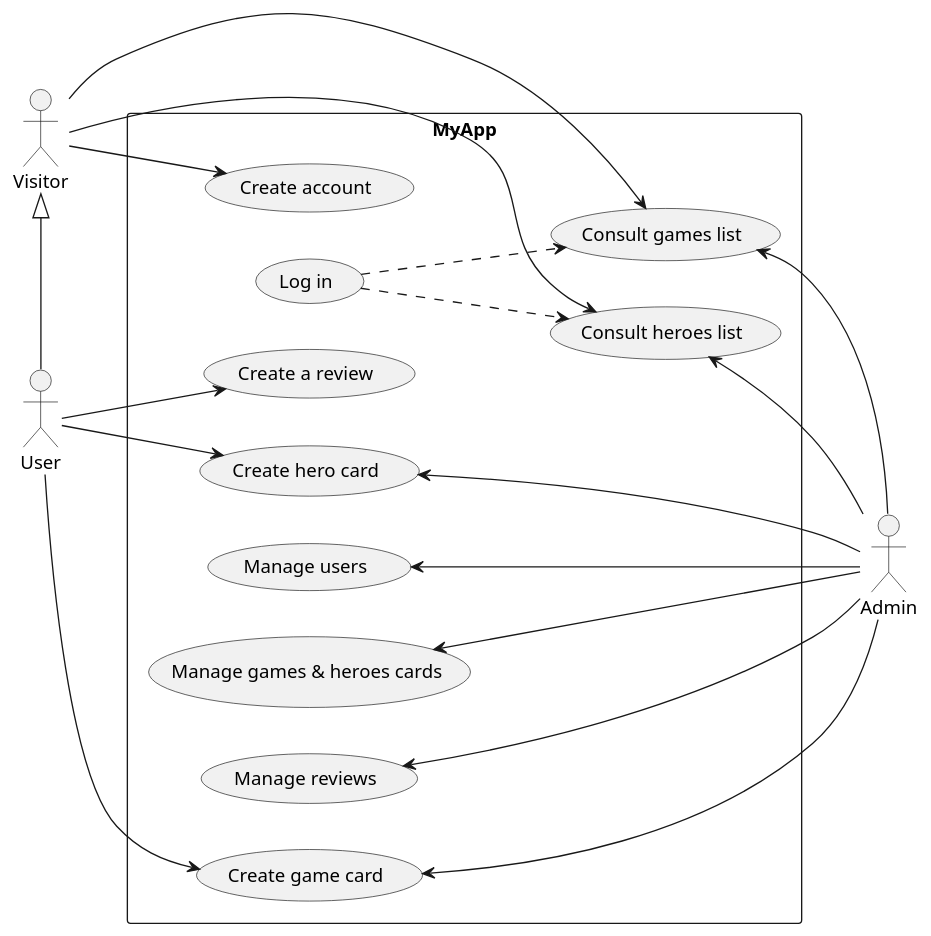
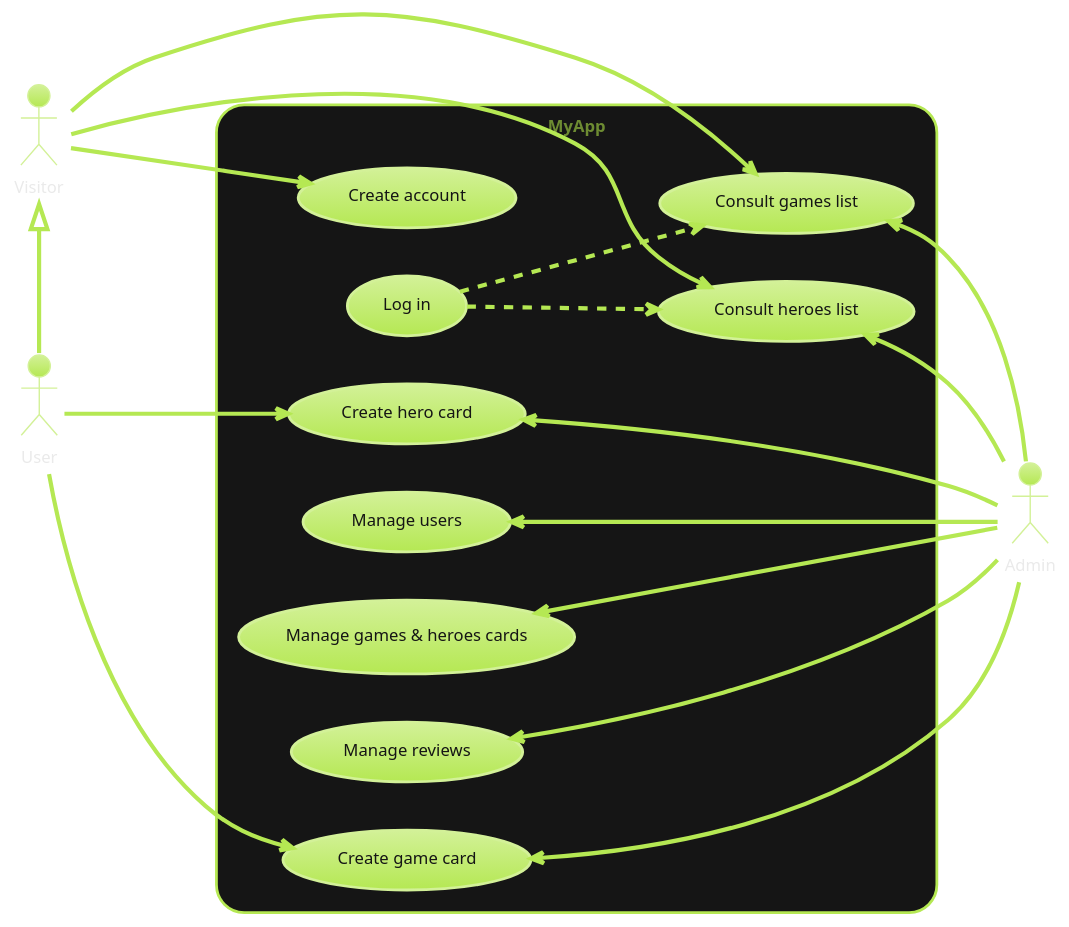
One commit to GreenHawk-99/ClankArchive changed the diagram in src/doc/UsecaseDiagram.puml. Above: the diagram before and after it, drawn with PlantUML. The commit also changed 27 other files, not shown here.

```diff
--- a/src/doc/UsecaseDiagram.puml
+++ b/src/doc/UsecaseDiagram.puml
@@ -1,34 +1,35 @@
 @startuml
+!theme hacker
+
 left to right direction
 actor "Visitor" as visitor
 actor "User" as user
 actor "Admin" as admin
 rectangle MyApp {
   usecase "Create account" as UC1
   usecase "Log in" as UC2
   usecase "Consult games list" as UC5
   usecase "Consult heroes list" as UC6
   usecase "Create game card" as UC7
   usecase "Create hero card" as UC8
-  usecase "Create a review" as UC9
+
   usecase "Manage users" as UC10
   usecase "Manage games & heroes cards" as UC11
   usecase "Manage reviews" as UC12
 }
 visitor <|- user
 visitor --> UC1
 visitor --> UC5
 visitor --> UC6
-user --> UC7
-user --> UC8
-user --> UC9
+user ---> UC7
+user ---> UC8
 UC2 ..> UC5
 UC2 ..> UC6
 UC5 <-- admin
 UC6 <-- admin
 UC7 <-- admin
 UC8 <-- admin
 UC10 <-- admin
 UC11 <-- admin
 UC12 <-- admin
 @enduml
```
